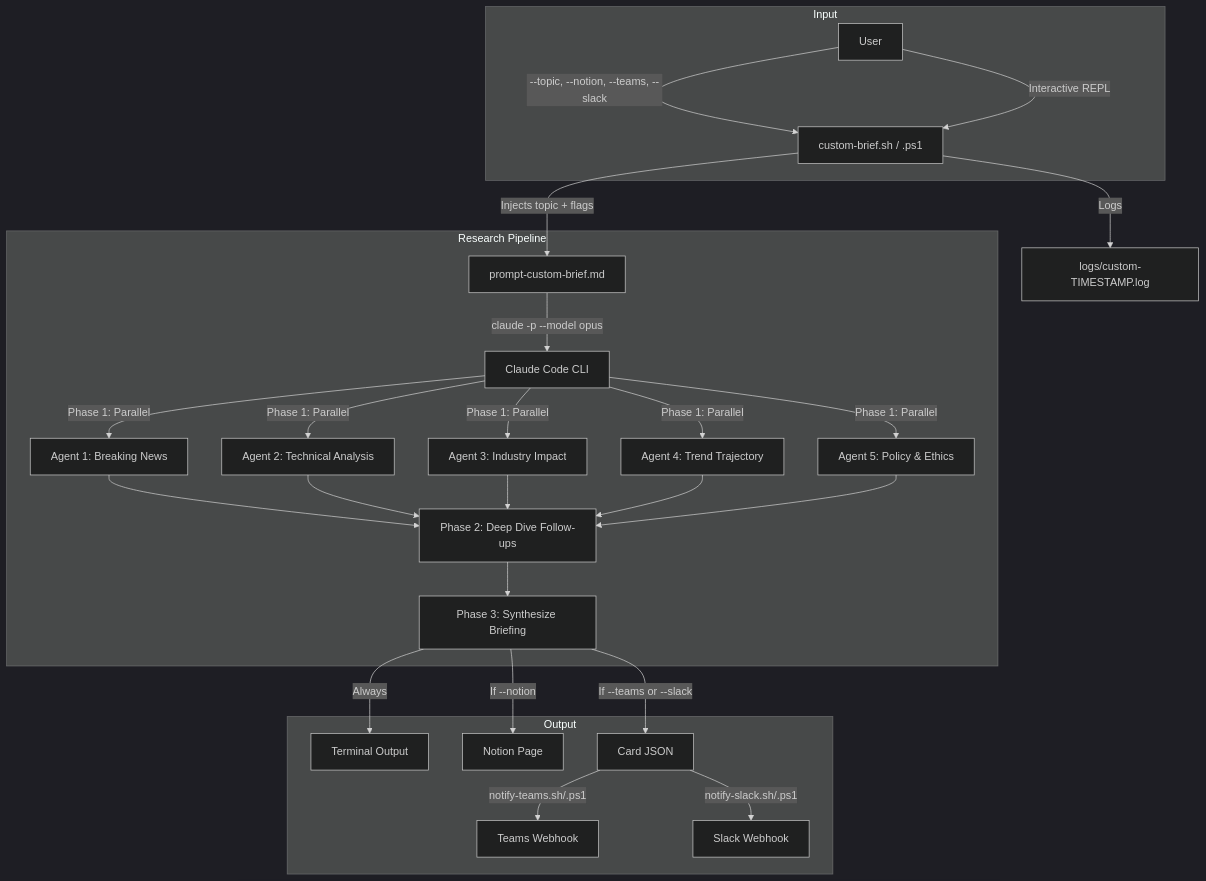
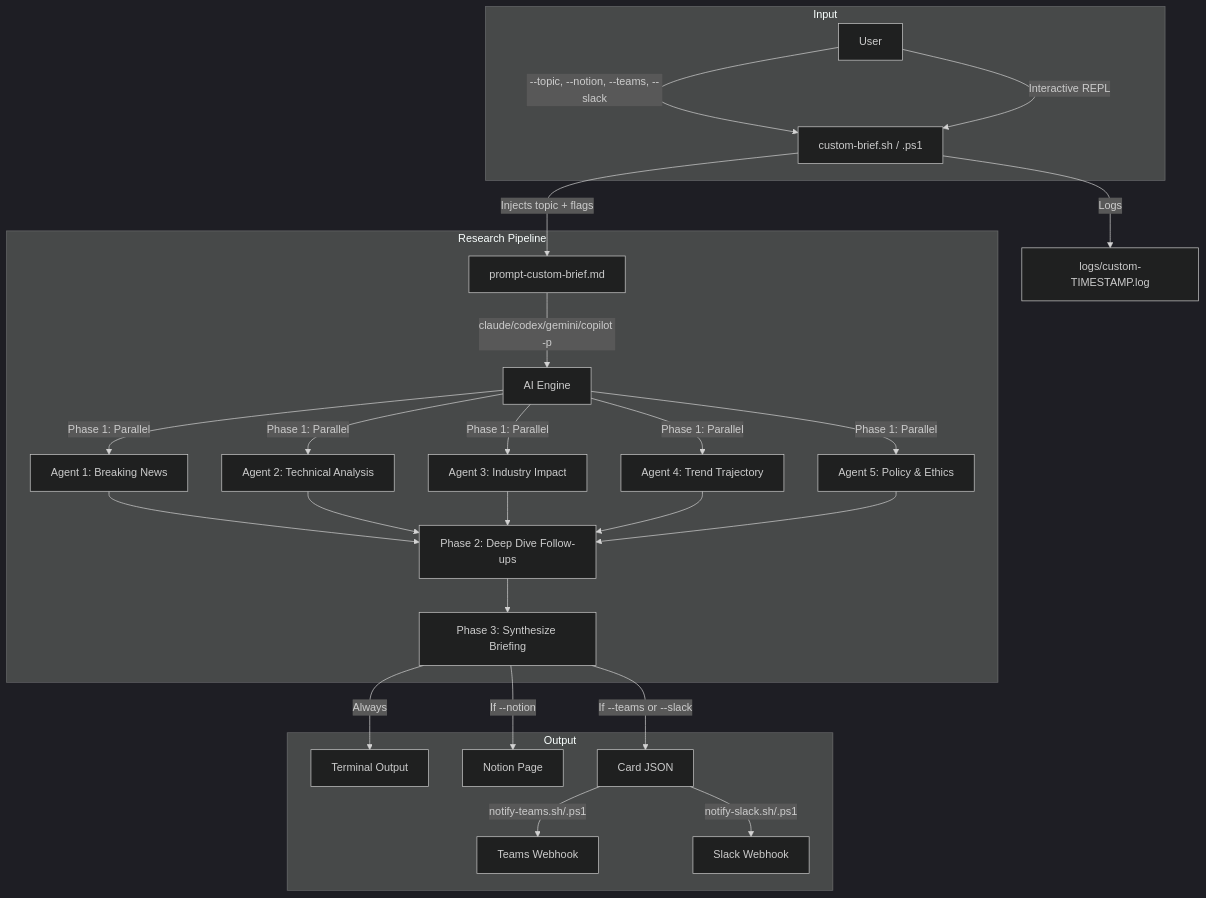
Before and after one commit to hoangsonww/ai-news-briefing: the first of 2 diagrams in CUSTOM_BRIEF.md, drawn with Mermaid (dark theme). The commit also changed other lines of this file and 9 other files, not shown here.

First line of the commit message:
feat: multi-CLI engine support with automatic fallback chain

````diff
--- a/CUSTOM_BRIEF.md
+++ b/CUSTOM_BRIEF.md
@@ -13,36 +13,36 @@
 ```mermaid
 flowchart TD
     subgraph "Input"
         U[User] -->|"--topic, --notion, --teams, --slack"| CLI["custom-brief.sh / .ps1"]
         U -->|Interactive REPL| CLI
     end
 
     subgraph "Research Pipeline"
         CLI -->|Injects topic + flags| P[prompt-custom-brief.md]
-        P -->|"claude -p --model opus"| C[Claude Code CLI]
+        P -->|"claude/codex/gemini/copilot -p"| C[AI Engine]
 
         C -->|Phase 1: Parallel| A1[Agent 1: Breaking News]
         C -->|Phase 1: Parallel| A2[Agent 2: Technical Analysis]
         C -->|Phase 1: Parallel| A3[Agent 3: Industry Impact]
         C -->|Phase 1: Parallel| A4[Agent 4: Trend Trajectory]
         C -->|Phase 1: Parallel| A5[Agent 5: Policy & Ethics]
 
         A1 --> M[Phase 2: Deep Dive Follow-ups]
         A2 --> M
         A3 --> M
         A4 --> M
         A5 --> M
 
         M --> S[Phase 3: Synthesize Briefing]
     end
 
     subgraph "Output"
         S -->|Always| STDOUT[Terminal Output]
         S -->|If --notion| N[Notion Page]
         S -->|If --teams or --slack| CARD[Card JSON]
         CARD -->|notify-teams.sh/.ps1| TW[Teams Webhook]
         CARD -->|notify-slack.sh/.ps1| SW[Slack Webhook]
     end
 
     CLI -->|Logs| LOG[logs/custom-TIMESTAMP.log]
 ```
````
